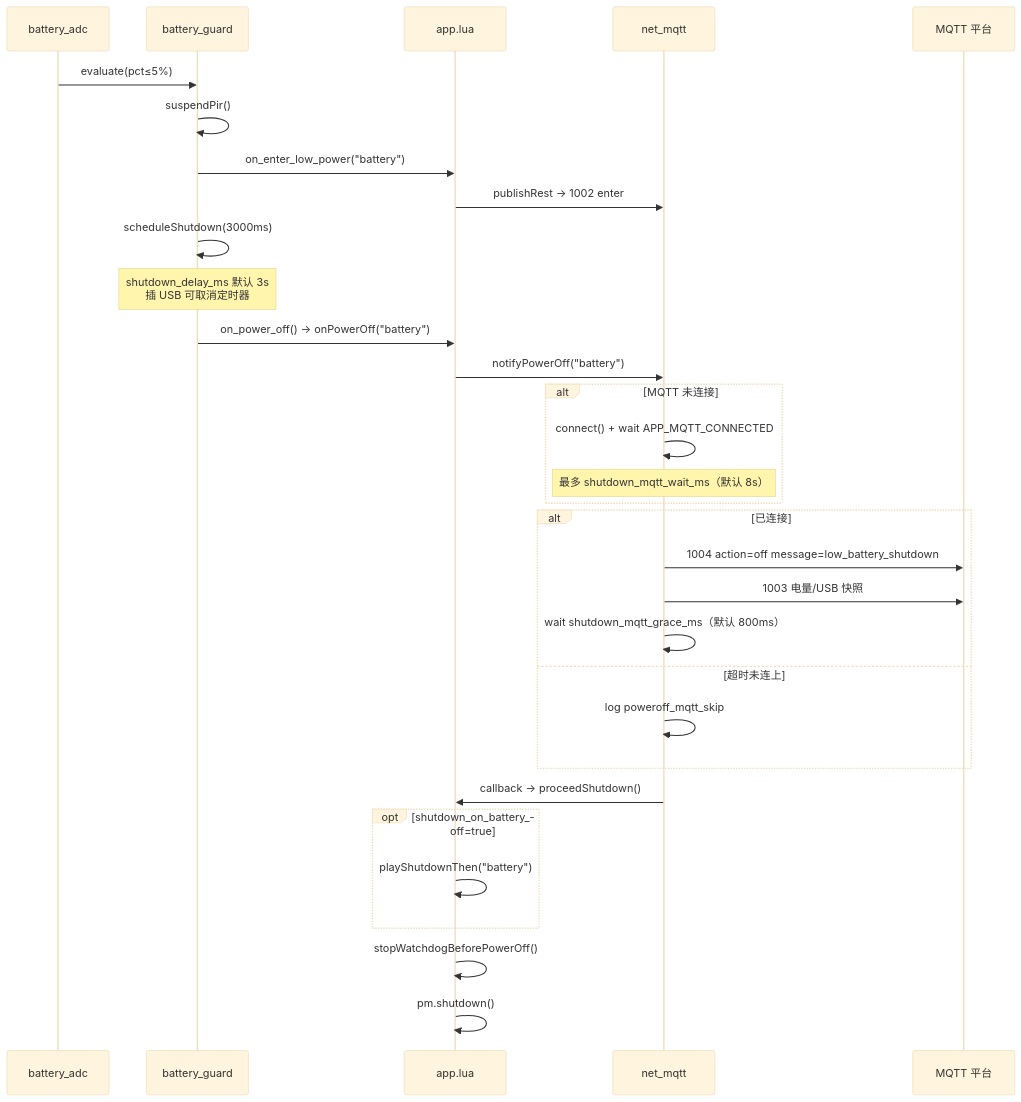
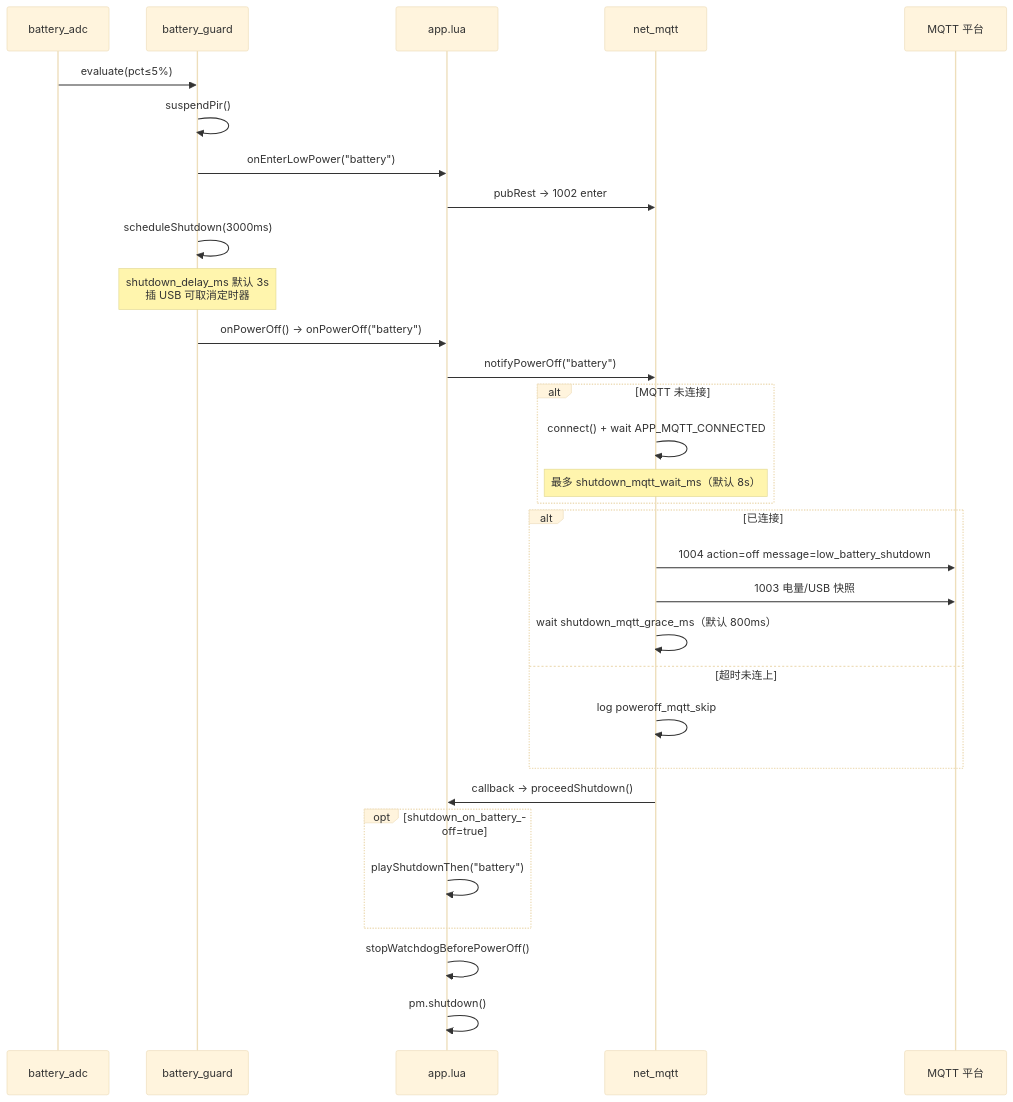
Before and after one commit to dzr1986/AIR780EHM: the diagram in doc/mqtt_battery_shutdown_flow.md, drawn with Mermaid (base theme). The commit also changed other lines of this file and 84 other files, not shown here.

````diff
--- a/doc/mqtt_battery_shutdown_flow.md
+++ b/doc/mqtt_battery_shutdown_flow.md
@@ -23,35 +23,35 @@
 ```mermaid
 sequenceDiagram
     participant ADC as battery_adc
     participant BG as battery_guard
     participant App as app.lua
     participant MQTT as net_mqtt
     participant Cloud as MQTT 平台
 
     ADC->>BG: evaluate(pct≤5%)
     BG->>BG: suspendPir()
-    BG->>App: on_enter_low_power("battery")
-    App->>MQTT: publishRest → 1002 enter
+    BG->>App: onEnterLowPower("battery")
+    App->>MQTT: pubRest → 1002 enter
     BG->>BG: scheduleShutdown(3000ms)
     Note over BG: shutdown_delay_ms 默认 3s<br/>插 USB 可取消定时器
 
-    BG->>App: on_power_off() → onPowerOff("battery")
+    BG->>App: onPowerOff() → onPowerOff("battery")
     App->>MQTT: notifyPowerOff("battery")
     alt MQTT 未连接
         MQTT->>MQTT: connect() + wait APP_MQTT_CONNECTED
         Note over MQTT: 最多 shutdown_mqtt_wait_ms（默认 8s）
     end
     alt 已连接
         MQTT->>Cloud: 1004 action=off message=low_battery_shutdown
         MQTT->>Cloud: 1003 电量/USB 快照
         MQTT->>MQTT: wait shutdown_mqtt_grace_ms（默认 800ms）
     else 超时未连上
         MQTT->>MQTT: log poweroff_mqtt_skip
     end
     MQTT->>App: callback → proceedShutdown()
     opt shutdown_on_battery_off=true
         App->>App: playShutdownThen("battery")
     end
     App->>App: stopWatchdogBeforePowerOff()
     App->>App: pm.shutdown()
 ```
````
